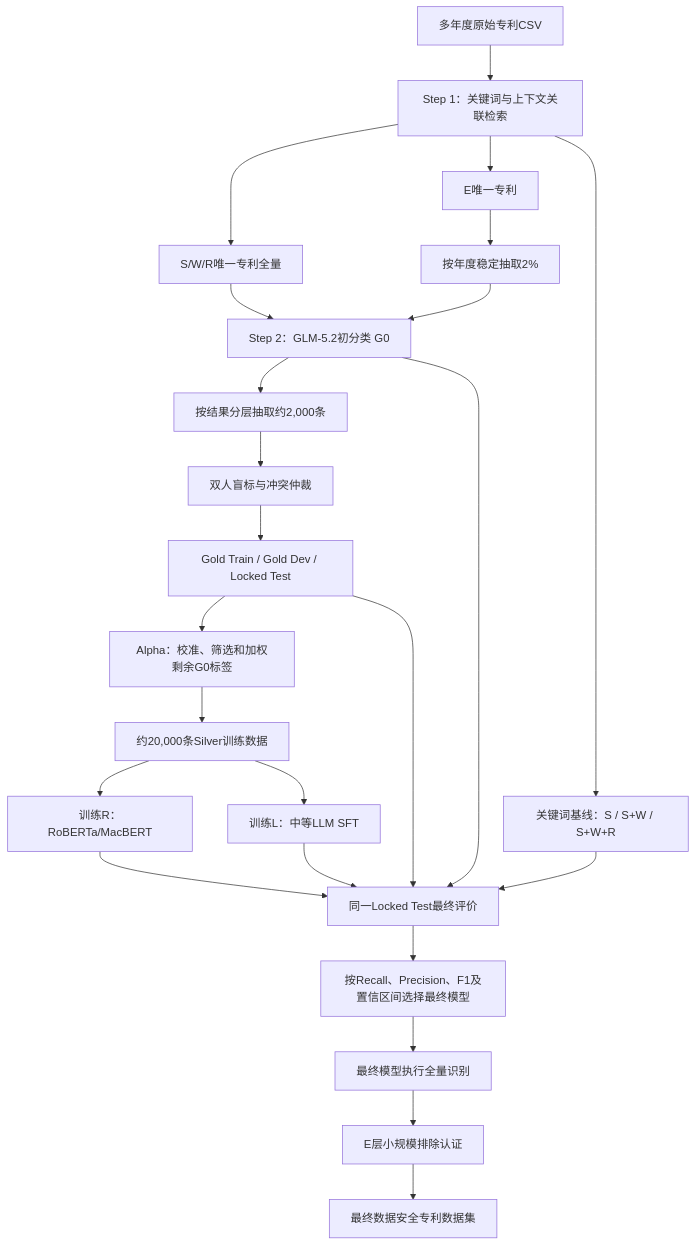
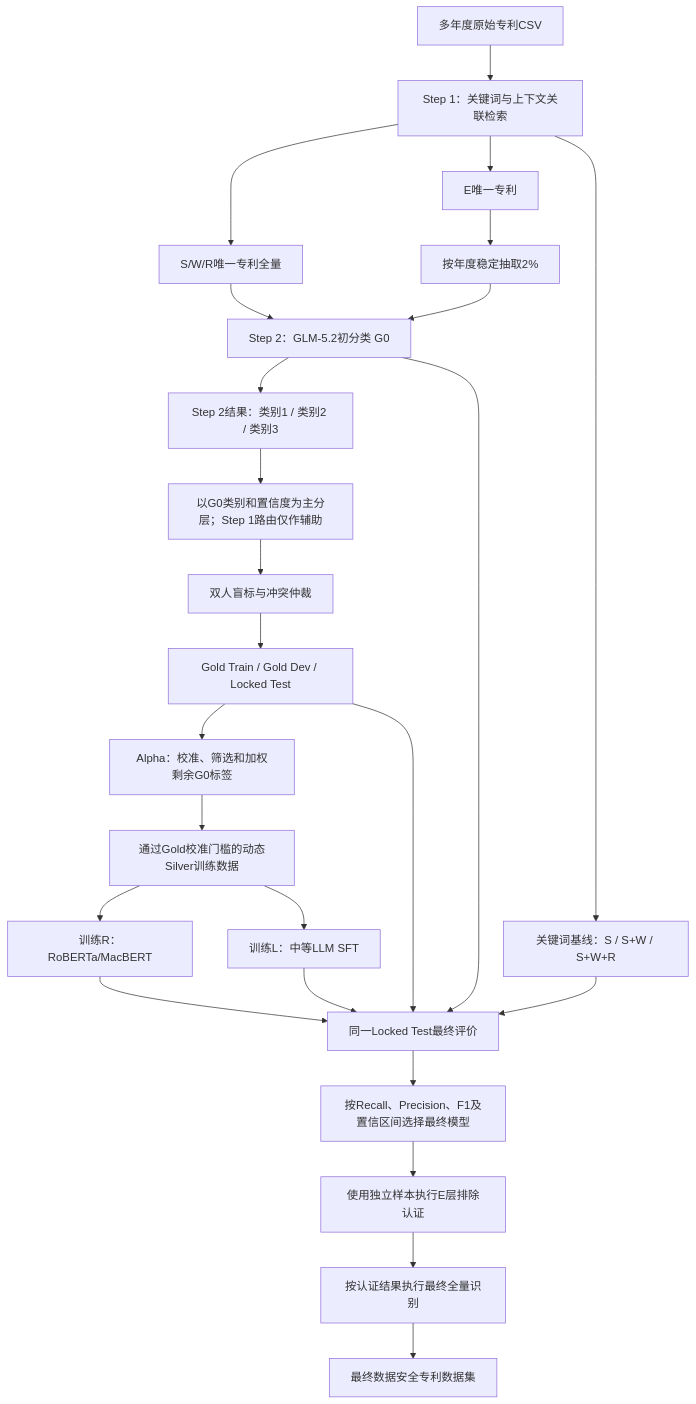
Before and after one commit to icy-swan/patent-data-security: the diagram in docs/patent_identification_methodology.md, drawn with Mermaid. The commit also changed other lines of this file, not shown here.

````diff
--- a/docs/patent_identification_methodology.md
+++ b/docs/patent_identification_methodology.md
@@ -45,26 +48,27 @@
 ```mermaid
 flowchart TB
     A["多年度原始专利CSV"] --> B["Step 1：关键词与上下文关联检索"]
     B --> SWR["S/W/R唯一专利全量"]
     B --> E["E唯一专利"]
     E --> ES["按年度稳定抽取2%"]
     SWR --> G0["Step 2：GLM-5.2初分类 G0"]
     ES --> G0
-    G0 --> SAMPLE["按结果分层抽取约2,000条"]
+    G0 --> G0CAT["Step 2结果：类别1 / 类别2 / 类别3"]
+    G0CAT --> SAMPLE["以G0类别和置信度为主分层；Step 1路由仅作辅助"]
     SAMPLE --> HUMAN["双人盲标与冲突仲裁"]
     HUMAN --> SPLIT["Gold Train / Gold Dev / Locked Test"]
     SPLIT --> ALPHA["Alpha：校准、筛选和加权剩余G0标签"]
-    ALPHA --> SILVER["约20,000条Silver训练数据"]
+    ALPHA --> SILVER["通过Gold校准门槛的动态Silver训练数据"]
     SILVER --> R["训练R：RoBERTa/MacBERT"]
     SILVER --> L["训练L：中等LLM SFT"]
     SPLIT --> EVAL["同一Locked Test最终评价"]
     G0 --> EVAL
     R --> EVAL
     L --> EVAL
     B --> K["关键词基线：S / S+W / S+W+R"]
     K --> EVAL
     EVAL --> SELECT["按Recall、Precision、F1及置信区间选择最终模型"]
-    SELECT --> RUN["最终模型执行全量识别"]
-    RUN --> ECERT["E层小规模排除认证"]
-    ECERT --> FINAL["最终数据安全专利数据集"]
+    SELECT --> ECERT["使用独立样本执行E层排除认证"]
+    ECERT --> RUN["按认证结果执行最终全量识别"]
+    RUN --> FINAL["最终数据安全专利数据集"]
 ```
````
